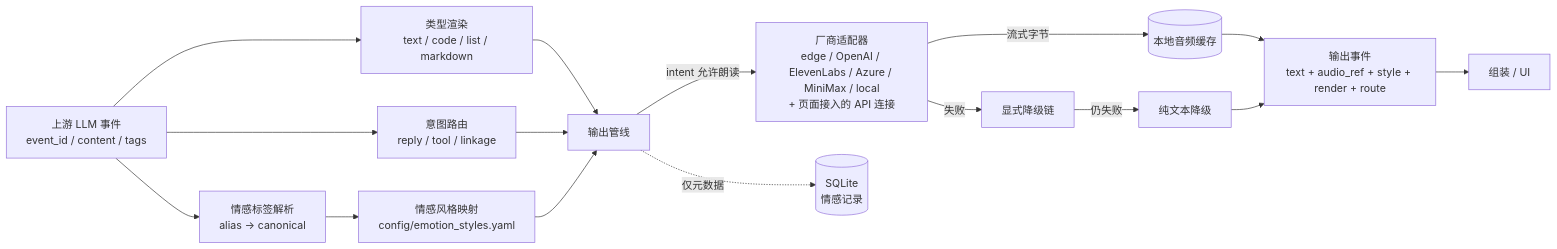
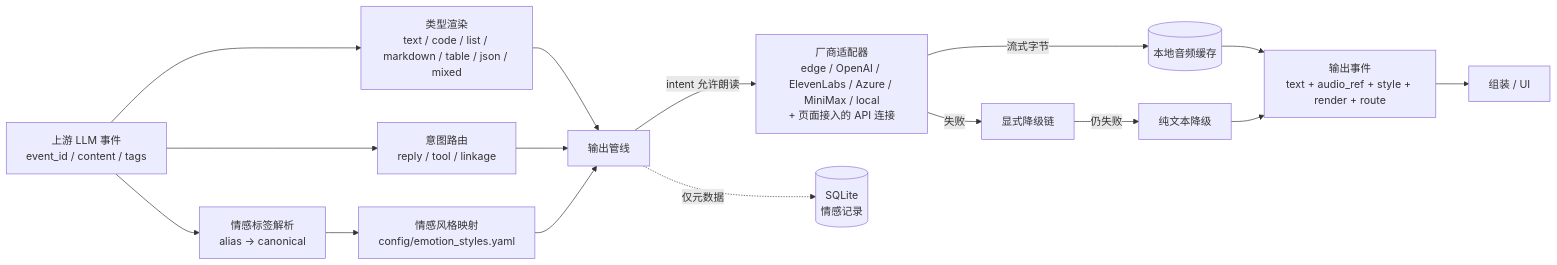
One commit to zhipianxiaokonglong/MoodVoice changed the diagram in README.md. Above: the diagram before and after it, drawn with Mermaid. The commit also changed other lines of this file and 15 other files, not shown here.

````diff
--- a/README.md
+++ b/README.md
@@ -63,18 +65,18 @@
 ```mermaid
 flowchart LR
-    U[上游 LLM 事件<br/>event_id / content / tags] --> R[类型渲染<br/>text / code / list / markdown]
+    U[上游 LLM 事件<br/>event_id / content / tags] --> R[类型渲染<br/>text / code / list / markdown / table / json / mixed]
     U --> E[情感标签解析<br/>alias -> canonical]
     U --> I[意图路由<br/>reply / tool / linkage]
     E --> S[情感风格映射<br/>config/emotion_styles.yaml]
     R --> P[输出管线]
     I --> P
     S --> P
     P -->|intent 允许朗读| T[厂商适配器<br/>edge / OpenAI / ElevenLabs / Azure / MiniMax / local<br/>+ 页面接入的 API 连接]
     T -->|流式字节| C[(本地音频缓存)]
     T -->|失败| F[显式降级链]
     F -->|仍失败| X[纯文本降级]
     C --> O[输出事件<br/>text + audio_ref + style + render + route]
     X --> O
     O --> UI[组装 / UI]
     P -.仅元数据.-> D[(SQLite<br/>情感记录)]
 ```
````
